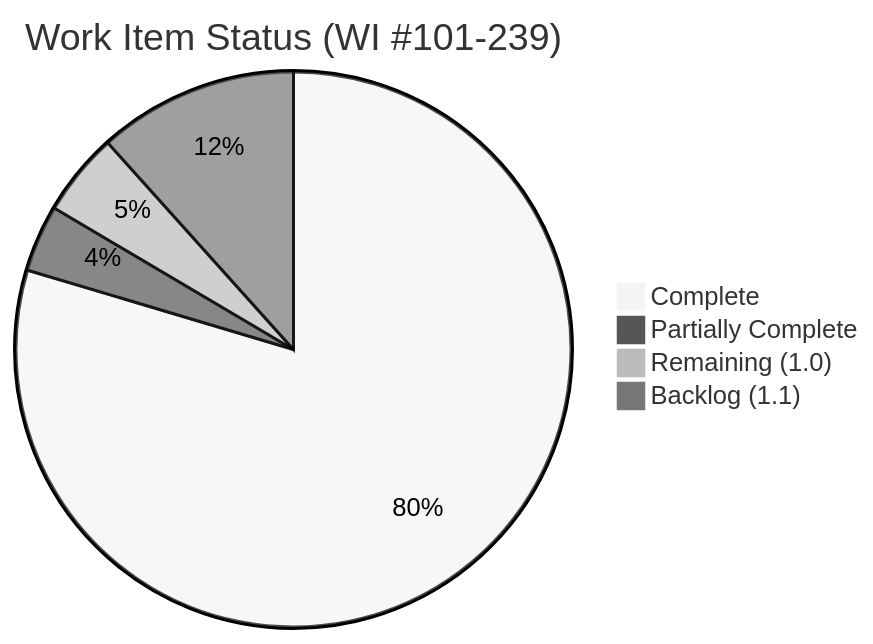
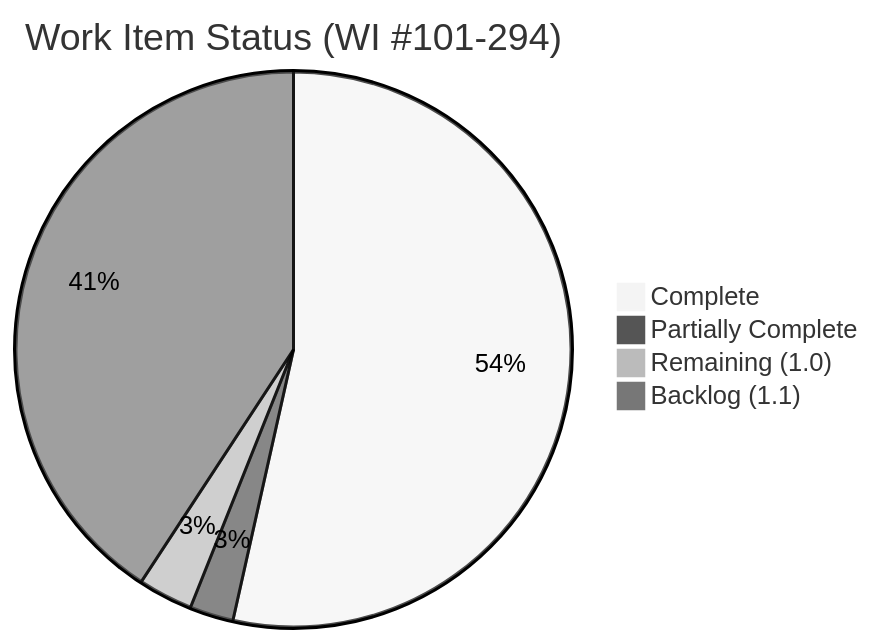
One commit to Remaker-Digital/groundtruth-kb changed the first of 3 diagrams in docs/BACKLOG-NEW-WORK-ITEMS.md. Above: the diagram before and after it, drawn with Mermaid (neutral theme). The commit also changed other lines of this file and 3 other files, not shown here.

````diff
--- a/docs/BACKLOG-NEW-WORK-ITEMS.md
+++ b/docs/BACKLOG-NEW-WORK-ITEMS.md
@@ -15,7 +15,7 @@
 ```mermaid
-pie title Work Item Status (WI #101-239)
-    "Complete" : 82
+pie title Work Item Status (WI #101-294)
+    "Complete" : 84
     "Partially Complete" : 4
     "Remaining (1.0)" : 5
-    "Backlog (1.1)" : 12
+    "Backlog (1.1)" : 64
 ```
````
